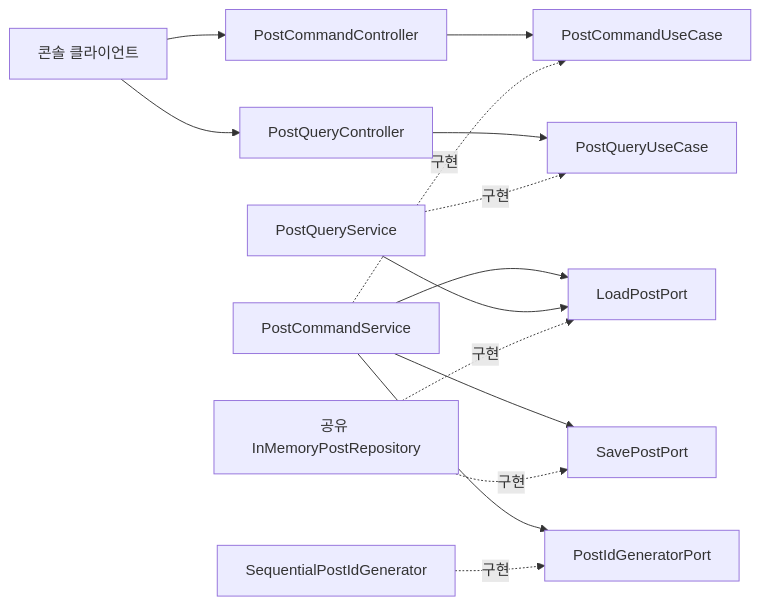
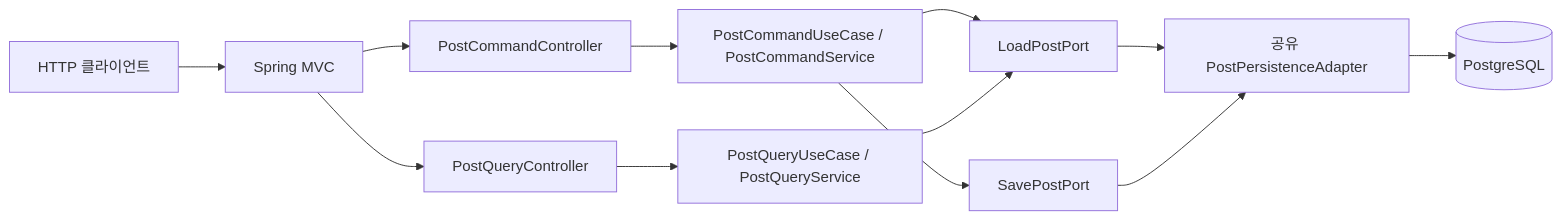
One commit to 39-play-sopt-server/haemin.yoon changed the diagram in docs/architecture.md. Above: the diagram before and after it, drawn with Mermaid. The commit also changed other lines of this file and 1 other file, not shown here.

````diff
--- a/docs/architecture.md
+++ b/docs/architecture.md
@@ -80,16 +28,14 @@
 ```mermaid
 flowchart LR
-    Client[콘솔 클라이언트] --> CommandController[PostCommandController]
-    Client --> QueryController[PostQueryController]
-    CommandController --> CommandPort[PostCommandUseCase]
-    QueryController --> QueryPort[PostQueryUseCase]
-    CommandService[PostCommandService] -. 구현 .-> CommandPort
-    QueryService[PostQueryService] -. 구현 .-> QueryPort
-    CommandService --> Load[LoadPostPort]
-    CommandService --> Save[SavePostPort]
-    CommandService --> Id[PostIdGeneratorPort]
-    QueryService --> Load
-    Repository[공유 InMemoryPostRepository] -. 구현 .-> Load
-    Repository -. 구현 .-> Save
-    Generator[SequentialPostIdGenerator] -. 구현 .-> Id
+    HTTP[HTTP 클라이언트] --> MVC[Spring MVC]
+    MVC --> CC[PostCommandController]
+    MVC --> QC[PostQueryController]
+    CC --> CS[PostCommandUseCase / PostCommandService]
+    QC --> QS[PostQueryUseCase / PostQueryService]
+    CS --> Load[LoadPostPort]
+    CS --> Save[SavePostPort]
+    QS --> Load
+    Load --> Repo[공유 PostPersistenceAdapter]
+    Save --> Repo
+    Repo --> DB[(PostgreSQL)]
 ```
````
